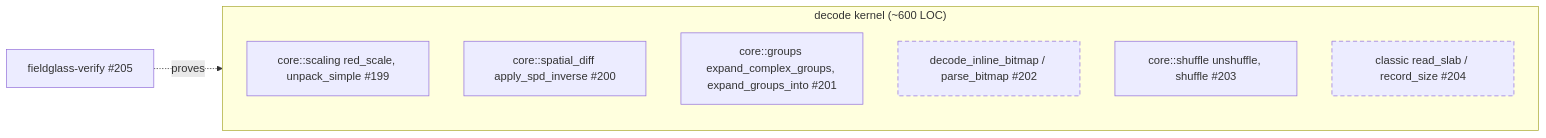
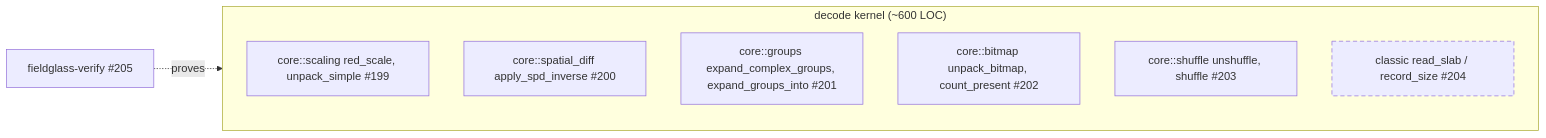
The sixth of 6 diagrams in docs/architecture/planned/02-trait-seams.md (D0ubleD0uble/fieldglass), drawn with Mermaid before and after one commit. The commit also changed other lines of this file and 17 other files, not shown here.

````diff
--- a/docs/architecture/planned/02-trait-seams.md
+++ b/docs/architecture/planned/02-trait-seams.md
@@ -398,14 +399,14 @@
 ```mermaid
 flowchart LR
     subgraph kernel["decode kernel (~600 LOC)"]
         t1a["core::scaling red_scale, unpack_simple #199"]
         t1b["core::spatial_diff apply_spd_inverse #200"]
         t1c["core::groups expand_complex_groups, expand_groups_into #201"]
-        t2a["decode_inline_bitmap / parse_bitmap #202"]
+        t2a["core::bitmap unpack_bitmap, count_present #202"]
         t2b["core::shuffle unshuffle, shuffle #203"]
         t3["classic read_slab / record_size #204"]
     end
     verify["fieldglass-verify #205"] -. proves .-> kernel
     classDef planned stroke-dasharray: 6 4
-    class t2a,t3 planned
+    class t3 planned
 ```
````
